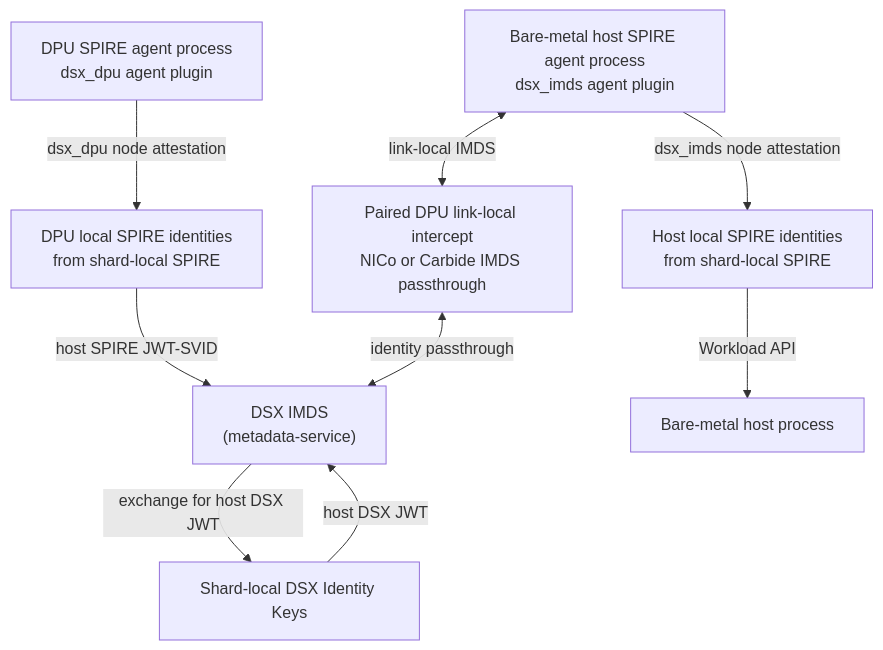
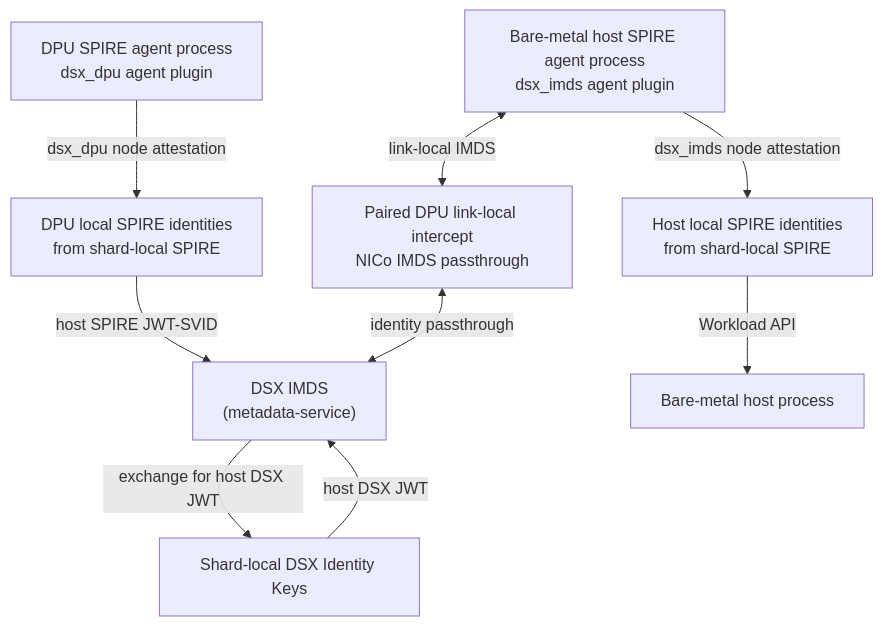
One commit to dsx-ai-factory/nvidia-workload-identity changed the first of 2 diagrams in cmd/dsx-imds-node-attestor-agent/README.md. Above: the diagram before and after it, drawn with Mermaid. The commit also changed other lines of this file and 6 other files, not shown here.

Commit message:
fix(NO-REF): document NICo as the IMDS passthrough

````diff
--- a/cmd/dsx-imds-node-attestor-agent/README.md
+++ b/cmd/dsx-imds-node-attestor-agent/README.md
@@ -22,20 +22,20 @@
 ```mermaid
 flowchart TB
   DPUIdentities["DPU local SPIRE identities<br/>from shard-local SPIRE"]
   HostIdentities["Host local SPIRE identities<br/>from shard-local SPIRE"]
   IdentityKeys["Shard-local DSX Identity Keys"]
   DPUAgent["DPU SPIRE agent process<br/>dsx_dpu agent plugin"]
-  NICoIMDS["Paired DPU link-local intercept<br/>NICo or Carbide IMDS passthrough"]
+  NICoIMDS["Paired DPU link-local intercept<br/>NICo IMDS passthrough"]
   DSXIMDS["DSX IMDS<br/>(metadata-service)"]
   HostAgent["Bare-metal host SPIRE agent process<br/>dsx_imds agent plugin"]
   HostProcess["Bare-metal host process"]
 
   DPUAgent -->|"dsx_dpu node attestation"| DPUIdentities
   DPUIdentities -->|"host SPIRE JWT-SVID"| DSXIMDS
   DSXIMDS -->|"exchange for host DSX JWT"| IdentityKeys
   IdentityKeys -->|"host DSX JWT"| DSXIMDS
   HostAgent <-->|"link-local IMDS"| NICoIMDS
   NICoIMDS <-->|"identity passthrough"| DSXIMDS
   HostAgent -->|"dsx_imds node attestation"| HostIdentities
   HostIdentities -->|"Workload API"| HostProcess
 ```
````
